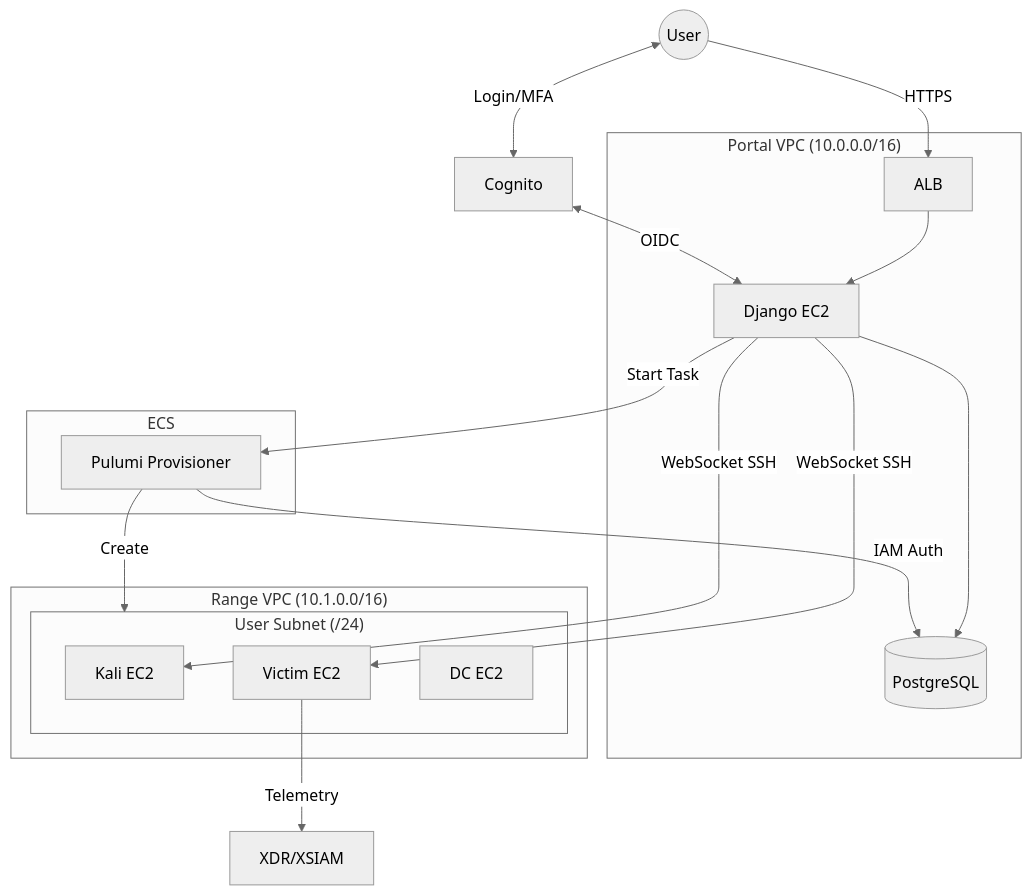
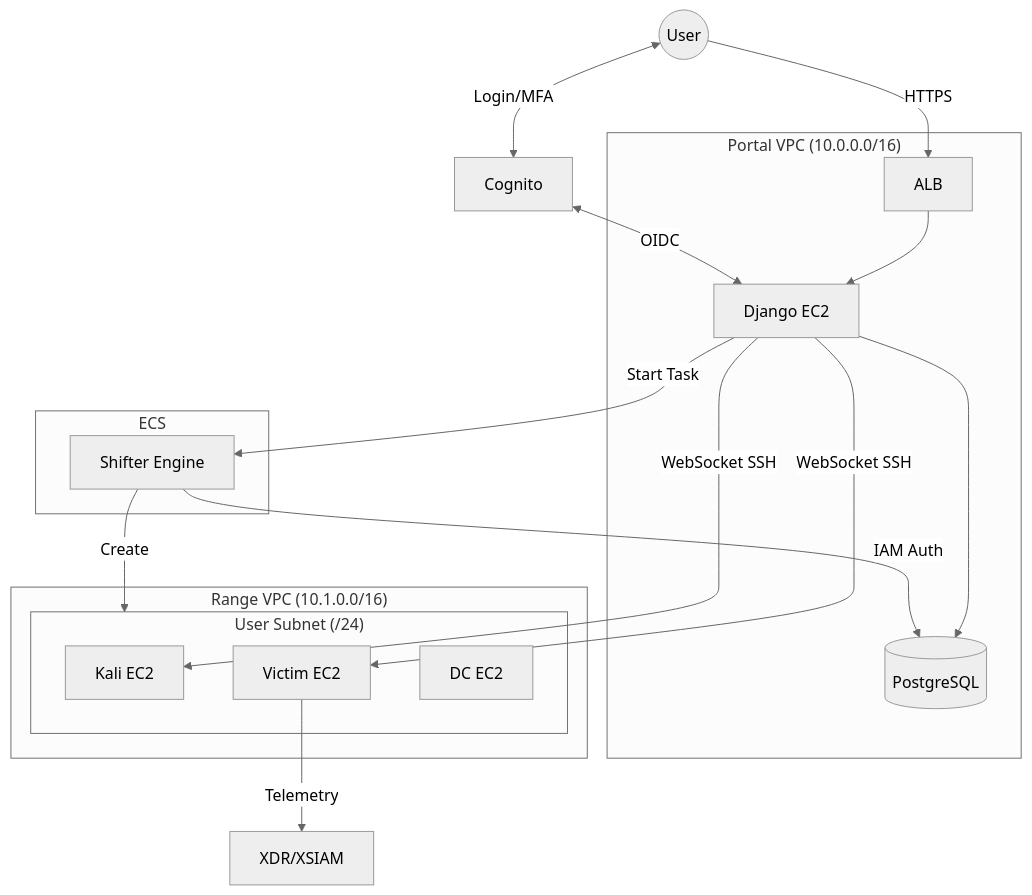
The first of 4 diagrams in portal/documentation/docs/architecture.md (PaloAltoNetworks/shifter), drawn with Mermaid (neutral theme) before and after one commit. The commit also changed other lines of this file and 72 other files, not shown here.

Commit message:
Use Shifter Engine for provisioner

````diff
--- a/portal/documentation/docs/architecture.md
+++ b/portal/documentation/docs/architecture.md
@@ -7,32 +7,32 @@
 ```mermaid
 flowchart TB
     subgraph PORTAL_VPC["Portal VPC (10.0.0.0/16)"]
         ALB[ALB]
         EC2[Django EC2]
         RDS[(PostgreSQL)]
         ALB --> EC2
         EC2 --> RDS
     end
 
     subgraph ECS["ECS"]
-        PROV[Pulumi Provisioner]
+        PROV[Shifter Engine]
     end
 
     subgraph RANGE_VPC["Range VPC (10.1.0.0/16)"]
         subgraph SUBNET["User Subnet (/24)"]
             KALI[Kali EC2]
             VICTIM[Victim EC2]
             DC[DC EC2]
         end
     end
 
     USER((User)) -->|HTTPS| ALB
     USER <-->|Login/MFA| COGNITO[Cognito]
     COGNITO <-->|OIDC| EC2
     EC2 -->|WebSocket SSH| KALI
     EC2 -->|WebSocket SSH| VICTIM
     EC2 -->|Start Task| PROV
     PROV -->|IAM Auth| RDS
     PROV -->|Create| SUBNET
     VICTIM -->|Telemetry| XDR[XDR/XSIAM]
 ```
````
